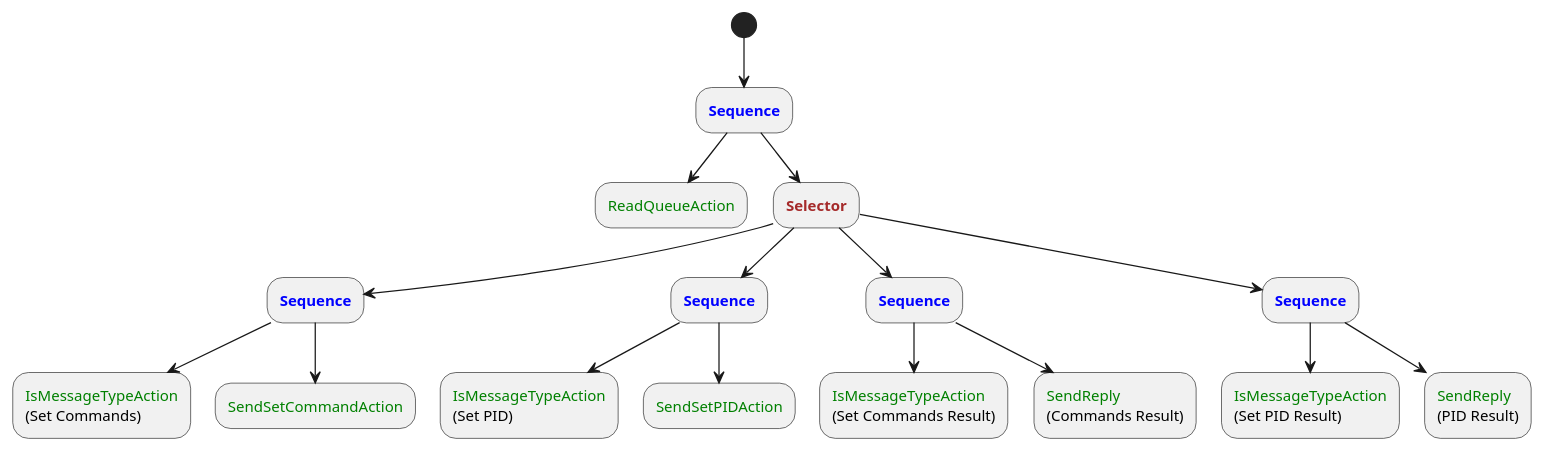
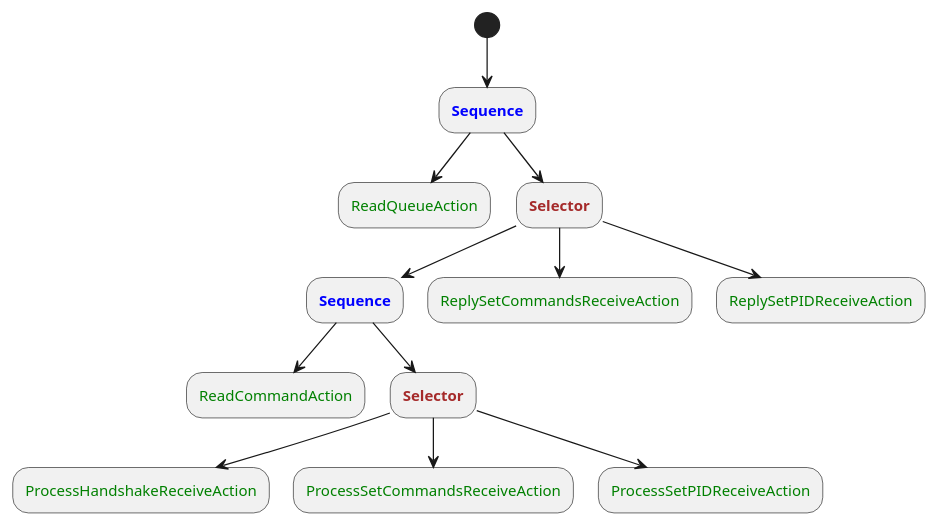
One commit to AndriyPt/carmen changed the diagram in docs/uml/communication_bt.puml. Above: the diagram before and after it, drawn with PlantUML. The commit also changed 5 other files, not shown here.

```diff
--- a/docs/uml/communication_bt.puml
+++ b/docs/uml/communication_bt.puml
@@ -1,39 +1,25 @@
 @startuml
 
 (*) -down-> "<b><color:blue>Sequence</color></b>" as Seq1
 
 Seq1  -down-> "<color:green>ReadQueueAction</color>" as ReadQueueAction
 
 Seq1  -down-> "<b><color:brown>Selector</color></b>" as Sel1
 
-Sel1 -down-> "<b><color:blue>Sequence</color></b>" as Seq2
+Sel1 -down-> "<b><color:blue>Sequence</color></b>" as Seq6
 
-Seq2  -down-> "<color:green>IsMessageTypeAction</color>
-               (Set Commands)" as SetCommandsAction
+Seq6  -down-> "<color:green>ReadCommandAction</color>" as ReadCommandAction
 
-Seq2  -down-> "<color:green>SendSetCommandAction</color>" as SendSetCommandAction
+Seq6  -down-> "<b><color:brown>Selector</color></b>" as Sel2
 
-Sel1 -down-> "<b><color:blue>Sequence</color></b>" as Seq3
+Sel2  -down-> "<color:green>ProcessHandshakeReceiveAction</color>" as ProcessHandshakeReceiveAction
 
-Seq3  -down-> "<color:green>IsMessageTypeAction</color>
-               (Set PID)" as SetPIDAction
+Sel2  -down-> "<color:green>ProcessSetCommandsReceiveAction</color>" as ProcessSetCommandsReceiveAction
 
-Seq3  -down-> "<color:green>SendSetPIDAction</color>" as SendSetPIDAction
+Sel2  -down-> "<color:green>ProcessSetPIDReceiveAction</color>" as SendSetPIDAction
 
-Sel1 -down-> "<b><color:blue>Sequence</color></b>" as Seq4
+Sel1  -down-> "<color:green>ReplySetCommandsReceiveAction</color>" as ReplySetCommandsReceiveAction
 
-Seq4  -down-> "<color:green>IsMessageTypeAction</color>
-               (Set Commands Result)" as SetCommandsResultAction
-
-Seq4  -down-> "<color:green>SendReply</color>
-               (Commands Result)" as SetReplyCommandsResultAction
-
-Sel1 -down-> "<b><color:blue>Sequence</color></b>" as Seq5
-
-Seq5  -down-> "<color:green>IsMessageTypeAction</color>
-               (Set PID Result)" as SetPIDResultAction
-
-Seq5  -down-> "<color:green>SendReply</color>
-               (PID Result)" as SetReplyPIDResultAction
+Sel1  -down-> "<color:green>ReplySetPIDReceiveAction</color>" as ReplySetPIDReceiveAction
 
 @enduml
```
